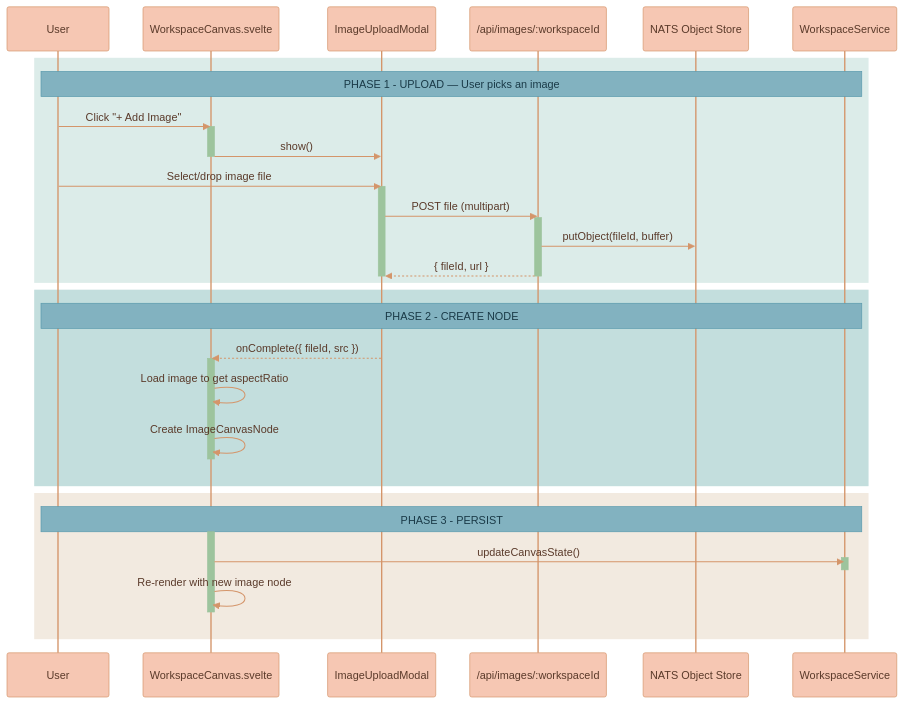
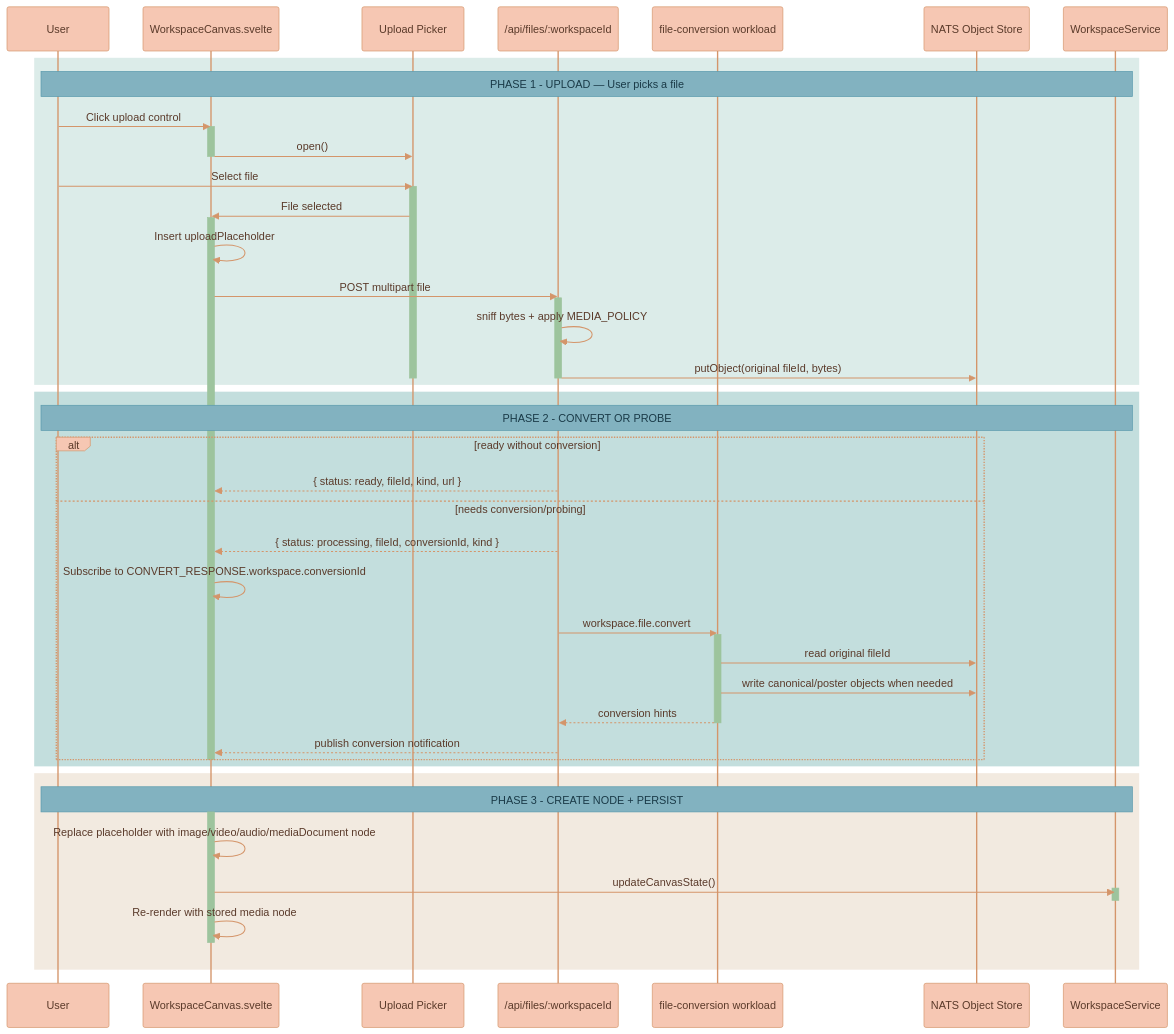
The third of 6 diagrams in documentation/canvas/USER-FLOWS.md (Lixpi/lixpi), drawn with Mermaid before and after one commit. The commit also changed other lines of this file and 15 other files, not shown here.

````diff
--- a/documentation/canvas/USER-FLOWS.md
+++ b/documentation/canvas/USER-FLOWS.md
@@ -117,53 +117,67 @@
 ```mermaid
 %%{init: {'theme': 'base', 'themeVariables': { 'noteBkgColor': '#82B2C0', 'noteTextColor': '#1a3a47', 'noteBorderColor': '#5a9aad', 'actorBkg': '#F6C7B3', 'actorBorder': '#d4956a', 'actorTextColor': '#5a3a2a', 'actorLineColor': '#d4956a', 'signalColor': '#d4956a', 'signalTextColor': '#5a3a2a', 'labelBoxBkgColor': '#F6C7B3', 'labelBoxBorderColor': '#d4956a', 'labelTextColor': '#5a3a2a', 'loopTextColor': '#5a3a2a', 'activationBorderColor': '#9DC49D', 'activationBkgColor': '#9DC49D', 'sequenceNumberColor': '#5a3a2a'}}}%%
 sequenceDiagram
     participant User
     participant Svelte as WorkspaceCanvas.svelte
-    participant Modal as ImageUploadModal
-    participant API as /api/images/:workspaceId
+    participant Picker as Upload Picker
+    participant API as /api/files/:workspaceId
+    participant NEX as file-conversion workload
     participant ObjStore as NATS Object Store
     participant WSvc as WorkspaceService
     %% ═══════════════════════════════════════════════════════════════
     %% PHASE 1: UPLOAD
     %% ═══════════════════════════════════════════════════════════════
     rect rgb(220, 236, 233)
-        Note over User, WSvc: PHASE 1 - UPLOAD — User picks an image
-        User->>Svelte: Click "+ Add Image"
+        Note over User, WSvc: PHASE 1 - UPLOAD — User picks a file
+        User->>Svelte: Click upload control
         activate Svelte
-        Svelte->>Modal: show()
+        Svelte->>Picker: open()
         deactivate Svelte
-        User->>Modal: Select/drop image file
-        activate Modal
-        Modal->>API: POST file (multipart)
+        User->>Picker: Select file
+        activate Picker
+        Picker->>Svelte: File selected
+        activate Svelte
+        Svelte->>Svelte: Insert uploadPlaceholder
+        Svelte->>API: POST multipart file
         activate API
-        API->>ObjStore: putObject(fileId, buffer)
-        API-->>Modal: { fileId, url }
+        API->>API: sniff bytes + apply MEDIA_POLICY
+        API->>ObjStore: putObject(original fileId, bytes)
         deactivate API
-        deactivate Modal
+        deactivate Picker
     end
 
     %% ═══════════════════════════════════════════════════════════════
     %% PHASE 2: CREATE NODE
     %% ═══════════════════════════════════════════════════════════════
     rect rgb(195, 222, 221)
-        Note over User, WSvc: PHASE 2 - CREATE NODE
-        Modal-->>Svelte: onComplete({ fileId, src })
-        activate Svelte
-        Svelte->>Svelte: Load image to get aspectRatio
-        Svelte->>Svelte: Create ImageCanvasNode
+        Note over User, WSvc: PHASE 2 - CONVERT OR PROBE
+        alt ready without conversion
+            API-->>Svelte: { status: ready, fileId, kind, url }
+        else needs conversion/probing
+            API-->>Svelte: { status: processing, fileId, conversionId, kind }
+            Svelte->>Svelte: Subscribe to CONVERT_RESPONSE.workspace.conversionId
+            API->>NEX: workspace.file.convert
+            activate NEX
+            NEX->>ObjStore: read original fileId
+            NEX->>ObjStore: write canonical/poster objects when needed
+            NEX-->>API: conversion hints
+            deactivate NEX
+            API-->>Svelte: publish conversion notification
+        end
         deactivate Svelte
     end
 
     %% ═══════════════════════════════════════════════════════════════
     %% PHASE 3: PERSIST
     %% ═══════════════════════════════════════════════════════════════
     rect rgb(242, 234, 224)
-        Note over User, WSvc: PHASE 3 - PERSIST
+        Note over User, WSvc: PHASE 3 - CREATE NODE + PERSIST
         activate Svelte
+        Svelte->>Svelte: Replace placeholder with image/video/audio/mediaDocument node
         Svelte->>WSvc: updateCanvasState()
         activate WSvc
         deactivate WSvc
-        Svelte->>Svelte: Re-render with new image node
+        Svelte->>Svelte: Re-render with stored media node
         deactivate Svelte
     end
 ```
````
